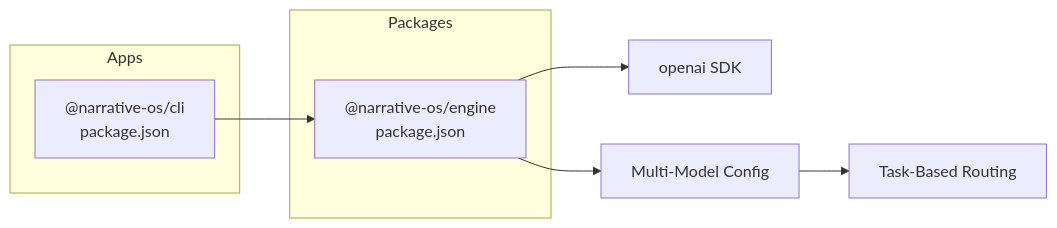
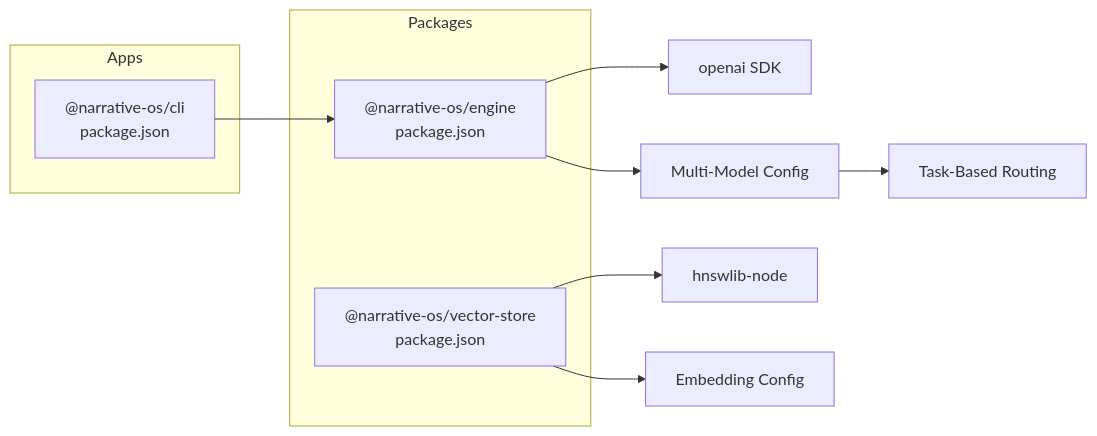
One commit to liwonder/NARRITIVE_OS changed the seventh of 7 diagrams in .qoder/repowiki/en/content/Engine Architecture/LLM Integration Layer.md. Above: the diagram before and after it, drawn with Mermaid. The commit also changed other lines of this file and 78 other files, not shown here.

First line of the commit message:
Add genres/skills; embedding & JSON truncation

````diff
--- a/.qoder/repowiki/en/content/Engine Architecture/LLM Integration Layer.md
+++ b/.qoder/repowiki/en/content/Engine Architecture/LLM Integration Layer.md
@@ -387,13 +485,16 @@
 ```mermaid
 graph LR
 subgraph "Apps"
 CLI["@narrative-os/cli<br/>package.json"]
 end
 subgraph "Packages"
 ENG["@narrative-os/engine<br/>package.json"]
+VS["@narrative-os/vector-store<br/>package.json"]
 end
 CLI --> ENG
 ENG --> OPENAI["openai SDK"]
 ENG --> MULTI["Multi-Model Config"]
 MULTI --> TASK_ROUTING["Task-Based Routing"]
+VS --> HNSW["hnswlib-node"]
+VS --> EMBED_CONFIG["Embedding Config"]
 ```
````
